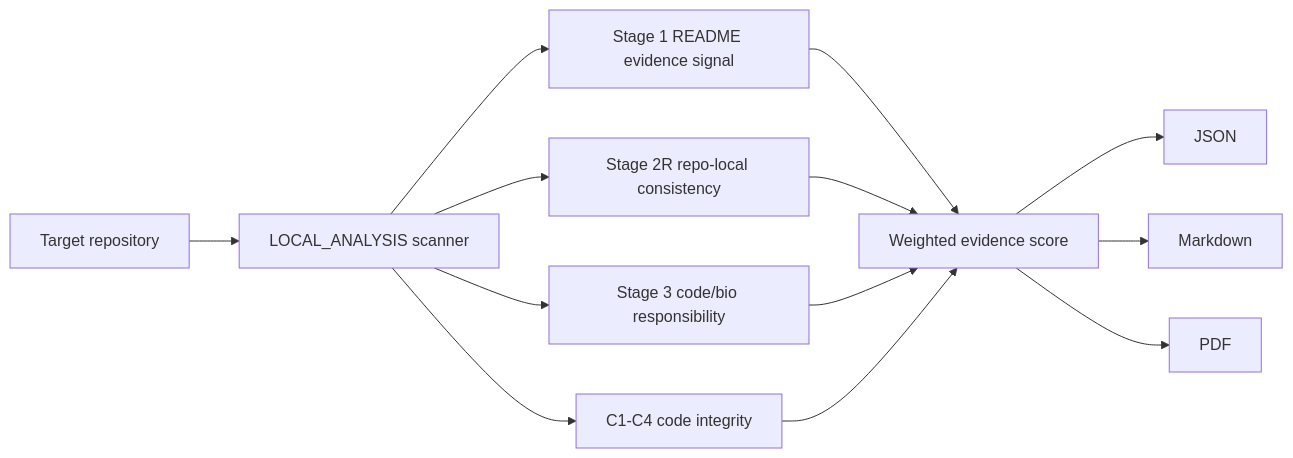
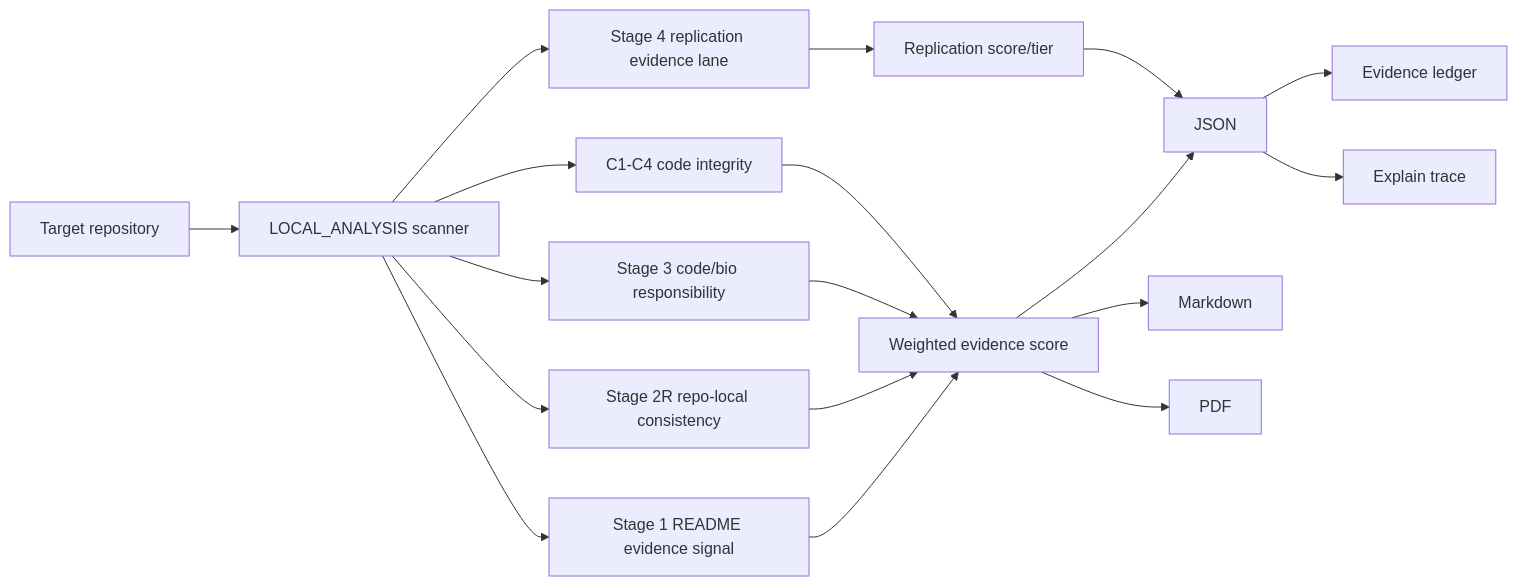
One commit to flamehaven01/STEM-BIO-AI changed the diagram in README.md. Above: the diagram before and after it, drawn with Mermaid. The commit also changed other lines of this file and 23 other files, not shown here.

Commit message:
Release v1.3.0 evidence ledger and replication lane

````diff
--- a/README.md
+++ b/README.md
@@ -154,15 +168,20 @@
 ```mermaid
 flowchart LR
     A[Target repository] --> B[LOCAL_ANALYSIS scanner]
-    B --> C[Stage 1 README evidence signal]
-    B --> D[Stage 2R repo-local consistency]
-    B --> E[Stage 3 code/bio responsibility]
-    B --> F[C1-C4 code integrity]
-    C --> G[Weighted evidence score]
-    D --> G
-    E --> G
-    F --> G
-    G --> H[JSON]
-    G --> I[Markdown]
-    G --> J[PDF]
+B --> C[Stage 1 README evidence signal]
+B --> D[Stage 2R repo-local consistency]
+B --> E[Stage 3 code/bio responsibility]
+B --> F[Stage 4 replication evidence lane]
+B --> K[C1-C4 code integrity]
+C --> G[Weighted evidence score]
+D --> G
+E --> G
+K --> G
+F --> H[Replication score/tier]
+G --> I[JSON]
+H --> I
+I --> L[Evidence ledger]
+I --> M[Explain trace]
+G --> N[Markdown]
+G --> O[PDF]
 ```
````
